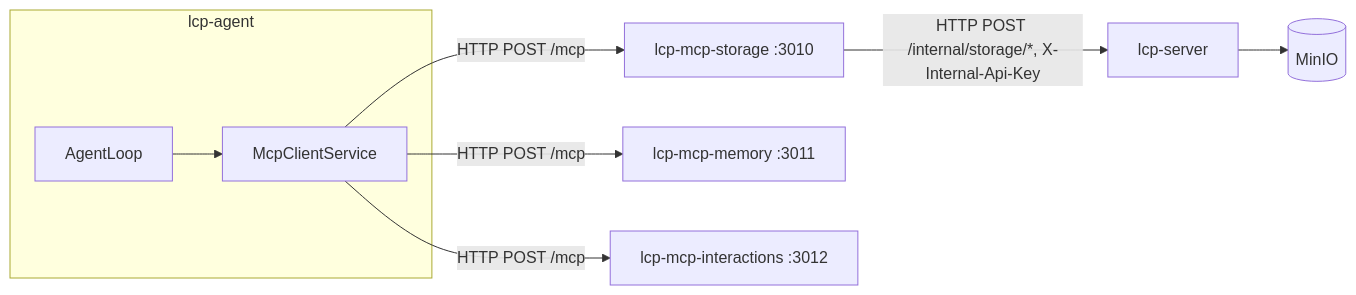
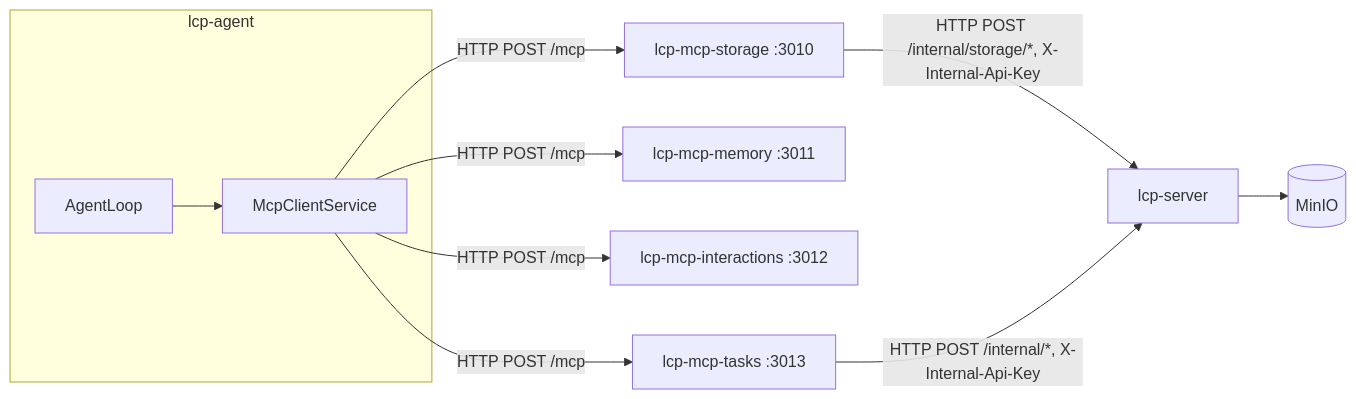
Before and after one commit to instantiator/tcp-server: the second of 2 diagrams in docs/agent-services.md, drawn with Mermaid. The commit also changed other lines of this file and 68 other files, not shown here.

Commit message:
010.2.5 - lcp-mcp-tasks

````diff
--- a/docs/agent-services.md
+++ b/docs/agent-services.md
@@ -81,11 +81,13 @@
 ```mermaid
 flowchart LR
     subgraph lcp-agent
         AL[AgentLoop] --> MC[McpClientService]
     end
     MC -->|HTTP POST /mcp| S[lcp-mcp-storage :3010]
     MC -->|HTTP POST /mcp| M[lcp-mcp-memory :3011]
     MC -->|HTTP POST /mcp| I[lcp-mcp-interactions :3012]
+    MC -->|HTTP POST /mcp| T[lcp-mcp-tasks :3013]
     S -->|HTTP POST /internal/storage/*, X-Internal-Api-Key| LS[lcp-server]
+    T -->|HTTP POST /internal/*, X-Internal-Api-Key| LS
     LS --> MIO[(MinIO)]
 ```
````
